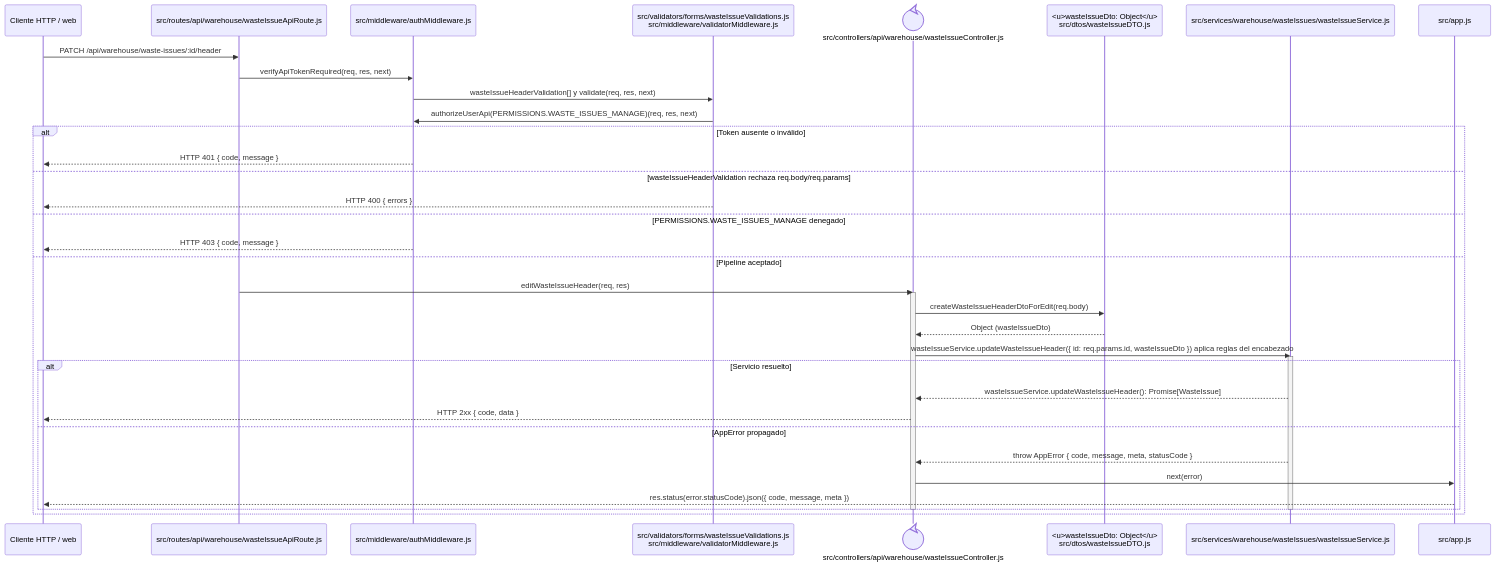
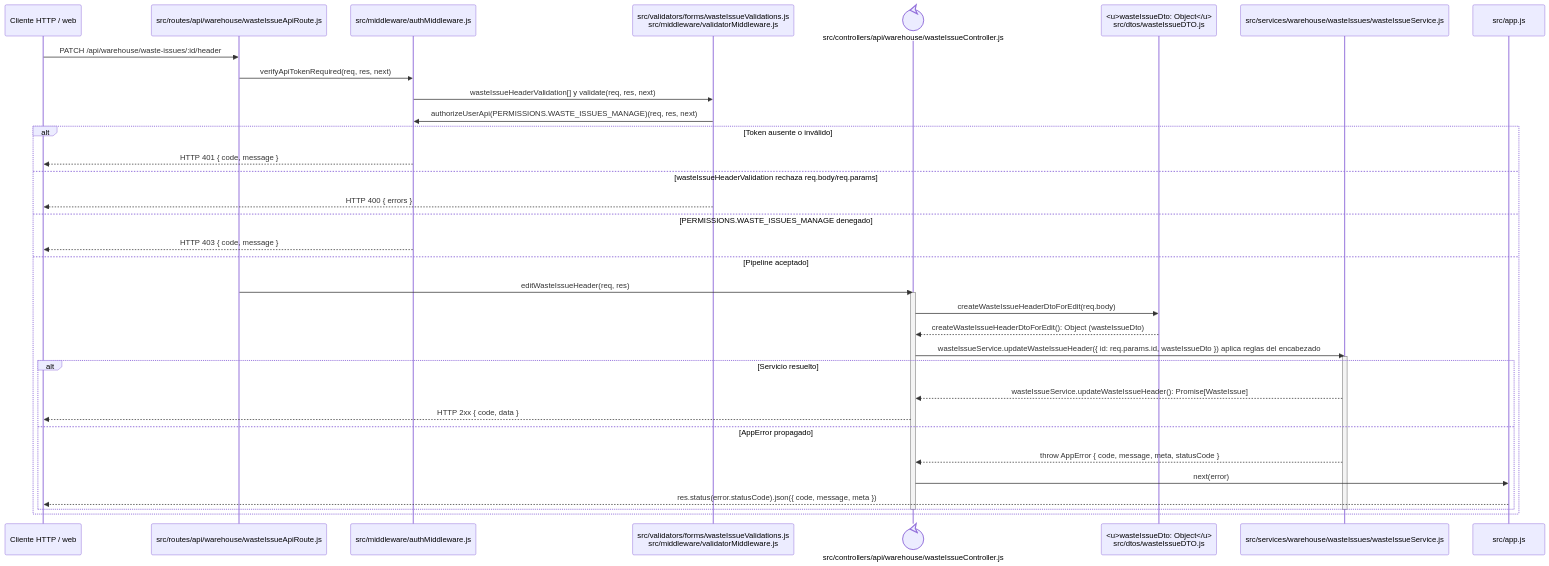
The diagram in docs/architecture/backend-code-sequences/issues/cu-sal-10.md (gpgsistemas01/nexus), drawn with Mermaid before and after one commit. The commit also changed 50 other files, not shown here.

Commit message:
docs: separar llamadas en diagramas de secuencia

````diff
--- a/docs/architecture/backend-code-sequences/issues/cu-sal-10.md
+++ b/docs/architecture/backend-code-sequences/issues/cu-sal-10.md
@@ -6,40 +6,40 @@
 ```mermaid
 sequenceDiagram
     participant Client as Cliente HTTP / web
     participant Route as src/routes/api/warehouse/wasteIssueApiRoute.js
     participant Auth as src/middleware/authMiddleware.js
     participant Validator as src/validators/forms/wasteIssueValidations.js<br/>src/middleware/validatorMiddleware.js
     participant Controller@{ "type": "control" } as src/controllers/api/warehouse/wasteIssueController.js
     participant IssueDto as <u>wasteIssueDto: Object</u><br/>src/dtos/wasteIssueDTO.js
     participant Domain as src/services/warehouse/wasteIssues/wasteIssueService.js
     participant ErrorHandler as src/app.js
 
     Client->>Route: PATCH /api/warehouse/waste-issues/:id/header
     Route->>Auth: verifyApiTokenRequired(req, res, next)
     Auth->>Validator: wasteIssueHeaderValidation[] y validate(req, res, next)
     Validator->>Auth: authorizeUserApi(PERMISSIONS.WASTE_ISSUES_MANAGE)(req, res, next)
     alt Token ausente o inválido
         Auth-->>Client: HTTP 401 { code, message }
     else wasteIssueHeaderValidation rechaza req.body/req.params
         Validator-->>Client: HTTP 400 { errors }
     else PERMISSIONS.WASTE_ISSUES_MANAGE denegado
         Auth-->>Client: HTTP 403 { code, message }
     else Pipeline aceptado
         Route->>Controller: editWasteIssueHeader(req, res)
         activate Controller
         Controller->>IssueDto: createWasteIssueHeaderDtoForEdit(req.body)
-        IssueDto-->>Controller: Object (wasteIssueDto)
+        IssueDto-->>Controller: createWasteIssueHeaderDtoForEdit(): Object (wasteIssueDto)
         Controller->>Domain: wasteIssueService.updateWasteIssueHeader({ id: req.params.id, wasteIssueDto }) aplica reglas del encabezado
         activate Domain
         alt Servicio resuelto
             Domain-->>Controller: wasteIssueService.updateWasteIssueHeader(): Promise[WasteIssue]
             Controller-->>Client: HTTP 2xx { code, data }
         else AppError propagado
             Domain-->>Controller: throw AppError { code, message, meta, statusCode }
             Controller->>ErrorHandler: next(error)
             ErrorHandler-->>Client: res.status(error.statusCode).json({ code, message, meta })
         end
         deactivate Domain
         deactivate Controller
     end
 ```
````
